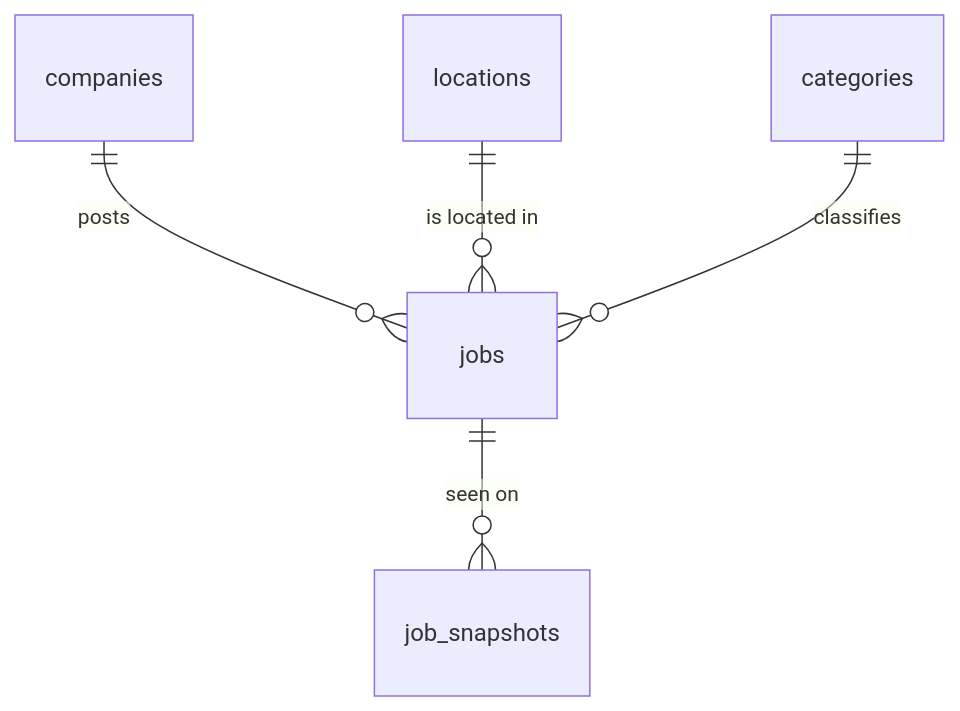
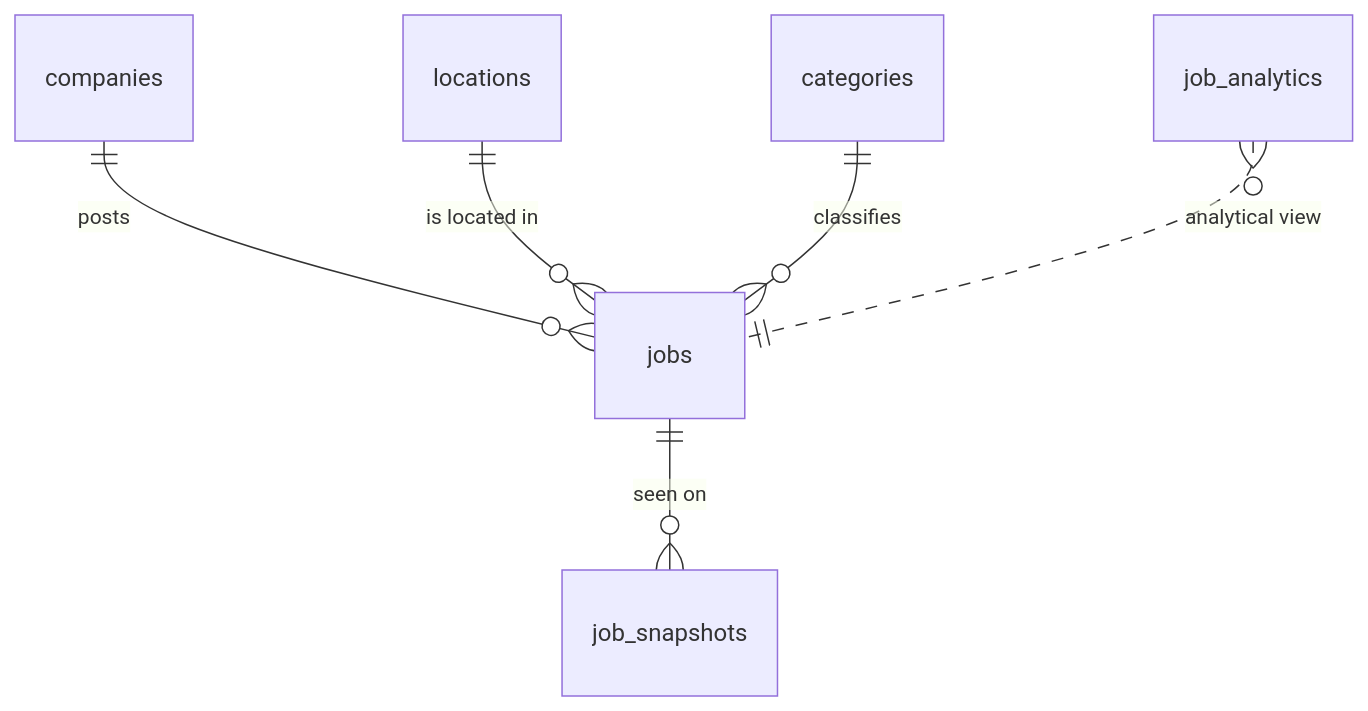
Before and after one commit to mkplwro/job-market-sql-pipeline: the diagram in README.md, drawn with Mermaid. The commit also changed other lines of this file, not shown here.

````diff
--- a/README.md
+++ b/README.md
@@ -25,7 +36,9 @@
 ```mermaid
 erDiagram
     companies  ||--o{ jobs          : posts
     locations  ||--o{ jobs          : "is located in"
     categories ||--o{ jobs          : classifies
     jobs       ||--o{ job_snapshots : "seen on"
+
+    job_analytics }o..|| jobs       : "analytical view"
 ```
````
